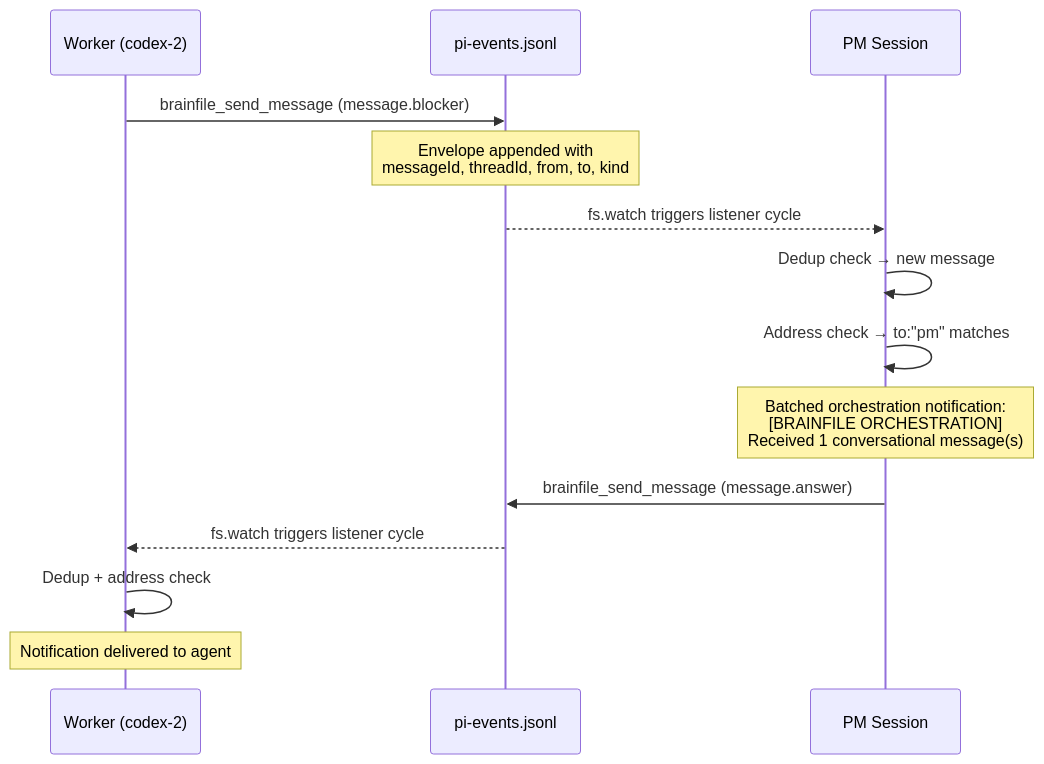
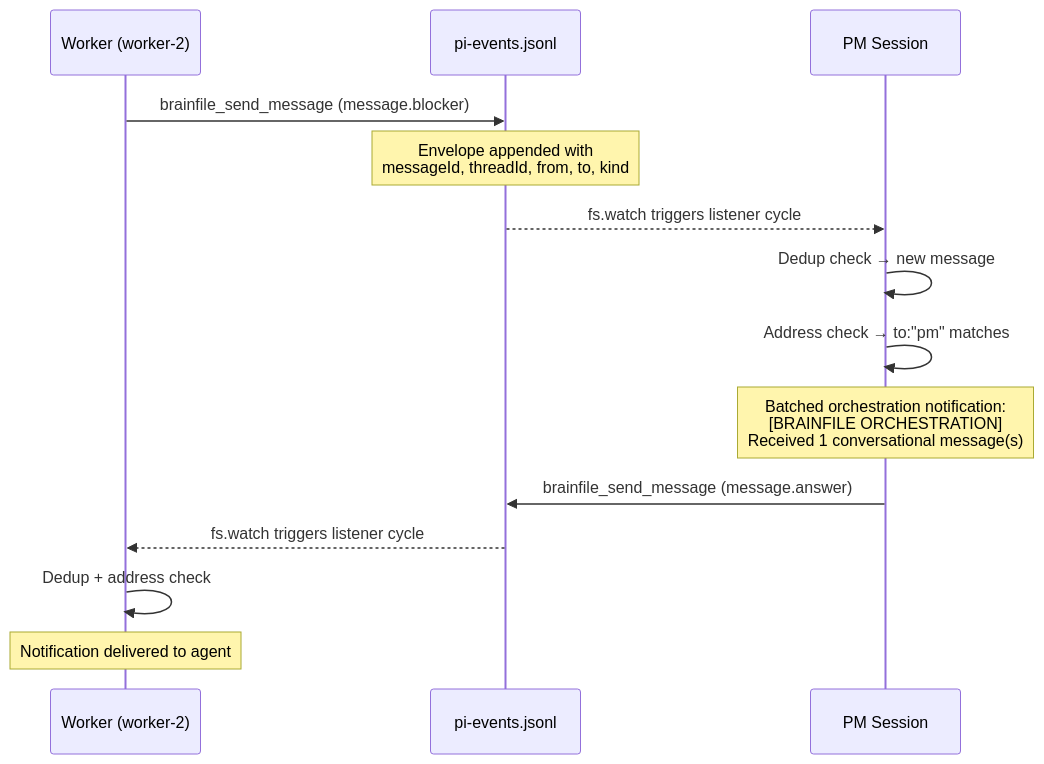
Before and after one commit to 1broseidon/brainfile: the diagram in docs/tools/pi.md, drawn with Mermaid. The commit also changed other lines of this file and 1 other file, not shown here.

First line of the commit message:
docs: update for slot-based worker pool + footer redesign

````diff
--- a/docs/tools/pi.md
+++ b/docs/tools/pi.md
@@ -231,17 +277,17 @@
 ```mermaid
 sequenceDiagram
-    participant W as Worker (codex-2)
+    participant W as Worker (worker-2)
     participant E as pi-events.jsonl
     participant PM as PM Session
 
     W->>E: brainfile_send_message (message.blocker)
     Note over E: Envelope appended with<br/>messageId, threadId, from, to, kind
     E-->>PM: fs.watch triggers listener cycle
     PM->>PM: Dedup check → new message
     PM->>PM: Address check → to:"pm" matches
     Note over PM: Batched orchestration notification:<br/>[BRAINFILE ORCHESTRATION]<br/>Received 1 conversational message(s)
     PM->>E: brainfile_send_message (message.answer)
     E-->>W: fs.watch triggers listener cycle
     W->>W: Dedup + address check
     Note over W: Notification delivered to agent
 ```
````
